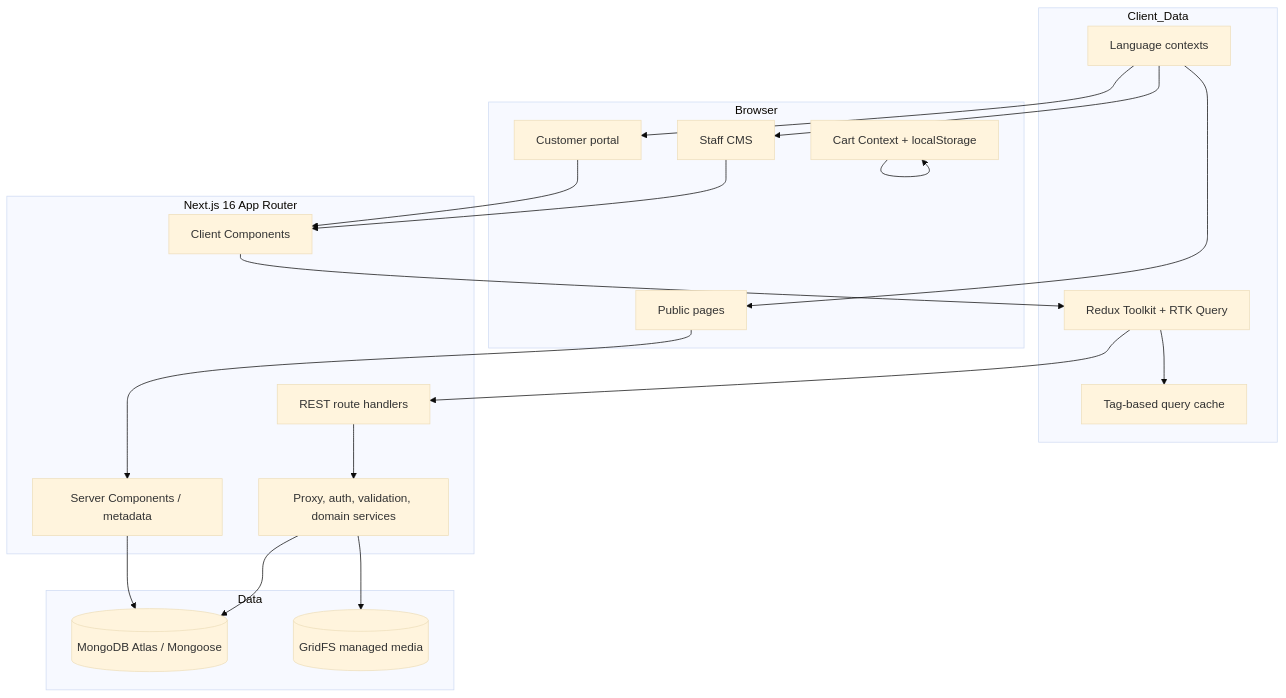
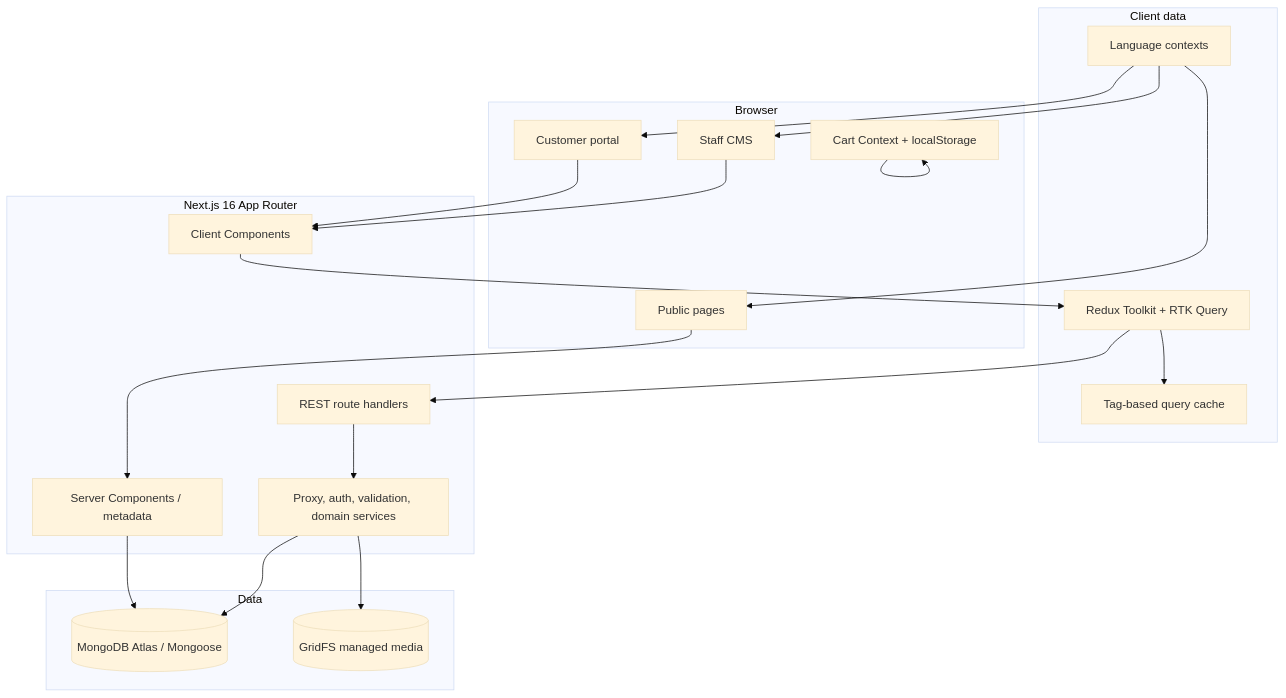
The first of 6 diagrams in README.md (zakaria-akash/care-bangla-group-web-application), drawn with Mermaid (base theme) before and after one commit. The commit also changed other lines of this file and 9 other files, not shown here.

Commit message:
Refactor mermaid diagrams for improved clarity and consistency across documentation

````diff
--- a/README.md
+++ b/README.md
@@ -84,40 +63,40 @@
 ```mermaid
 flowchart TB
-  subgraph Browser
-    P[Public pages]
-    U[Customer portal]
-    A[Staff CMS]
-    Cart[Cart Context + localStorage]
+  subgraph Browser["Browser"]
+    P["Public pages"]
+    U["Customer portal"]
+    A["Staff CMS"]
+    Cart["Cart Context + localStorage"]
   end
 
-  subgraph Client_Data
-    RTK[Redux Toolkit + RTK Query]
-    Cache[Tag-based query cache]
-    Lang[Language contexts]
+  subgraph Client_Data["Client data"]
+    RTK["Redux Toolkit + RTK Query"]
+    Cache["Tag-based query cache"]
+    Lang["Language contexts"]
   end
 
-  subgraph NextJS[Next.js 16 App Router]
-    SC[Server Components / metadata]
-    CC[Client Components]
-    API[REST route handlers]
-    Guard[Proxy, auth, validation, domain services]
+  subgraph NextJS["Next.js 16 App Router"]
+    SC["Server Components / metadata"]
+    CC["Client Components"]
+    API["REST route handlers"]
+    Guard["Proxy, auth, validation, domain services"]
   end
 
-  subgraph Data
-    Mongo[(MongoDB Atlas / Mongoose)]
-    GridFS[(GridFS managed media)]
+  subgraph Data["Data"]
+    Mongo[("MongoDB Atlas / Mongoose")]
+    GridFS[("GridFS managed media")]
   end
 
   P --> SC
   U --> CC
   A --> CC
   CC --> RTK --> Cache
   Cart --> Cart
   RTK --> API
   SC --> Mongo
   API --> Guard --> Mongo
   Guard --> GridFS
   Lang --> P
   Lang --> U
   Lang --> A
 ```
````
